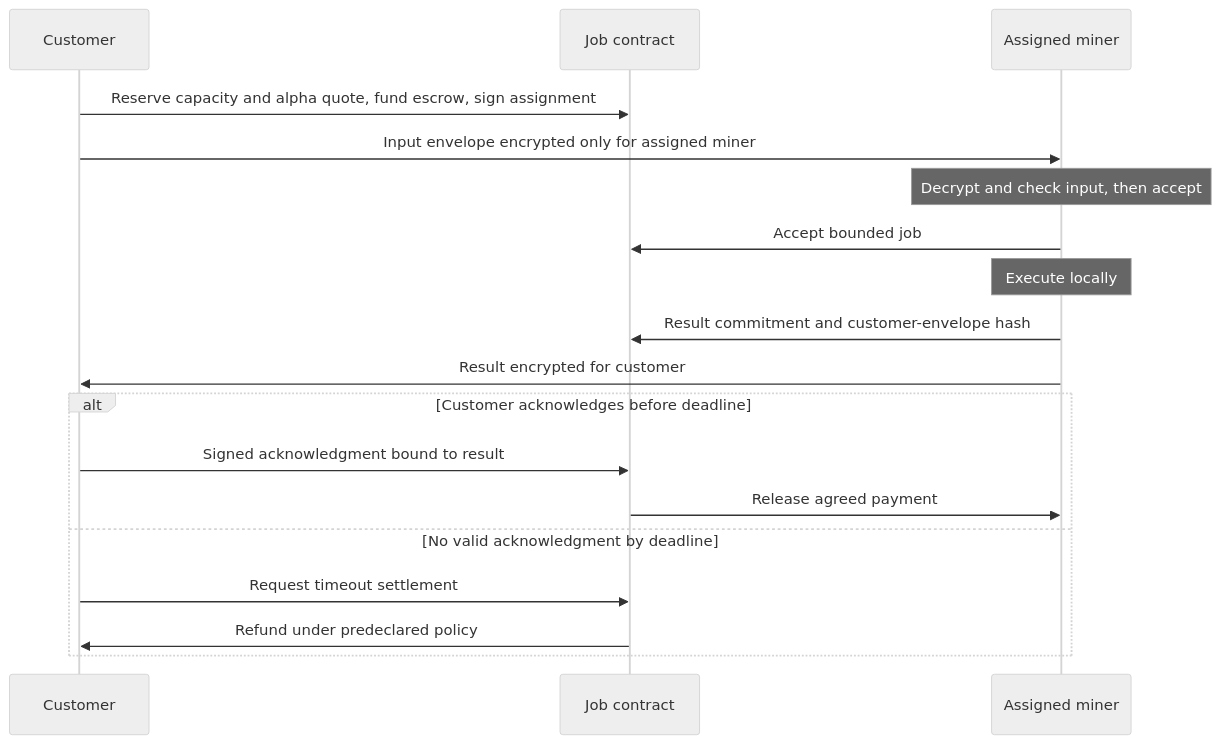
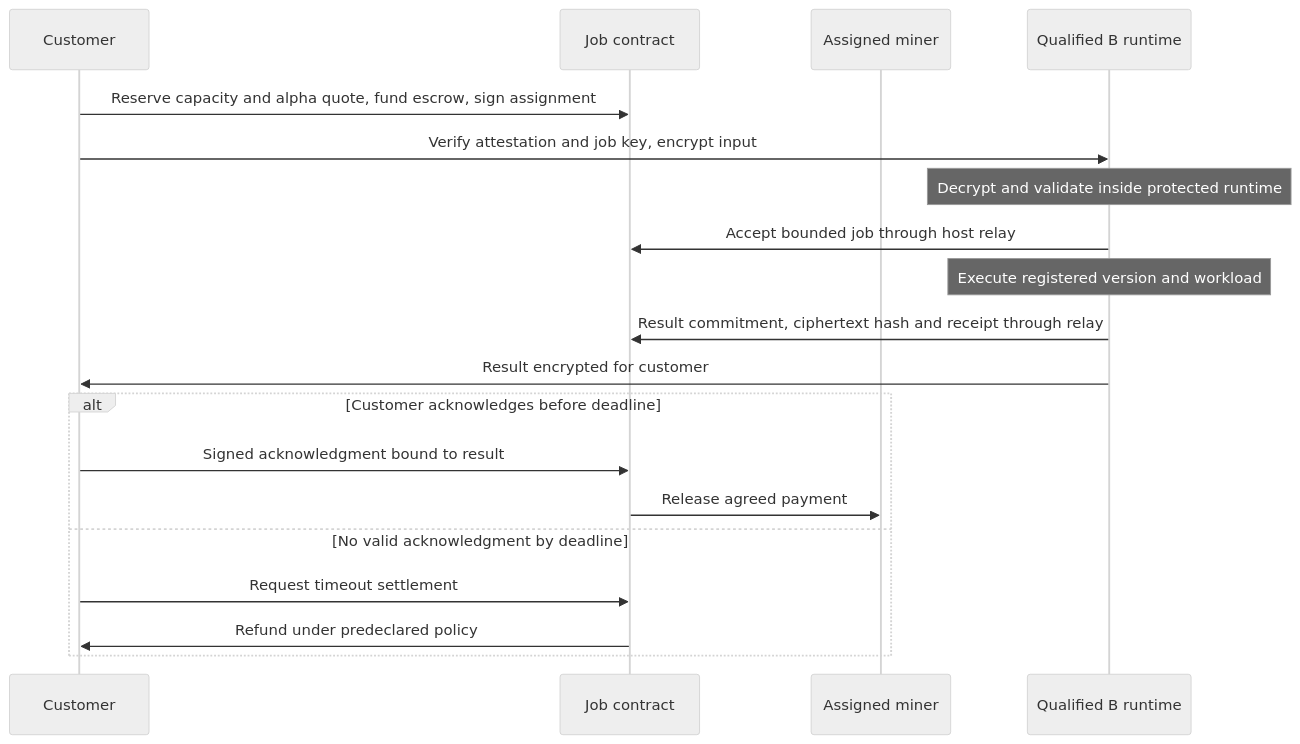
One commit to sam0x17/slopninja changed the diagram in docs/paid-inference.md. Above: the diagram before and after it, drawn with Mermaid (neutral theme). The commit also changed other lines of this file and 28 other files, not shown here.

````diff
--- a/docs/paid-inference.md
+++ b/docs/paid-inference.md
@@ -149,20 +153,21 @@
 ```mermaid
 sequenceDiagram
     participant C as Customer
     participant E as Job contract
     participant M as Assigned miner
+    participant R as Qualified B runtime
     C->>E: Reserve capacity and alpha quote, fund escrow, sign assignment
-    C->>M: Input envelope encrypted only for assigned miner
-    Note over M: Decrypt and check input, then accept
-    M->>E: Accept bounded job
-    Note over M: Execute locally
-    M->>E: Result commitment and customer-envelope hash
-    M->>C: Result encrypted for customer
+    C->>R: Verify attestation and job key, encrypt input
+    Note over R: Decrypt and validate inside protected runtime
+    R->>E: Accept bounded job through host relay
+    Note over R: Execute registered version and workload
+    R->>E: Result commitment, ciphertext hash and receipt through relay
+    R->>C: Result encrypted for customer
     alt Customer acknowledges before deadline
         C->>E: Signed acknowledgment bound to result
         E->>M: Release agreed payment
     else No valid acknowledgment by deadline
         C->>E: Request timeout settlement
         E->>C: Refund under predeclared policy
     end
 ```
````
